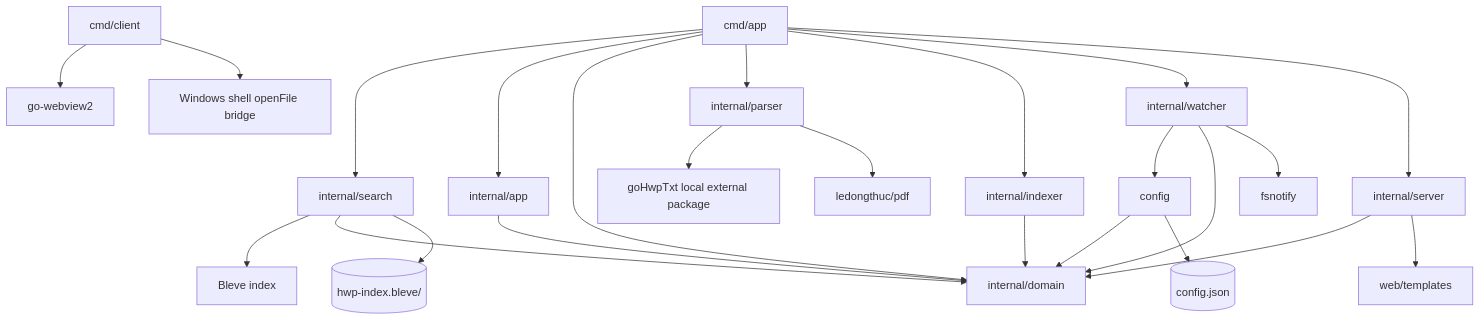
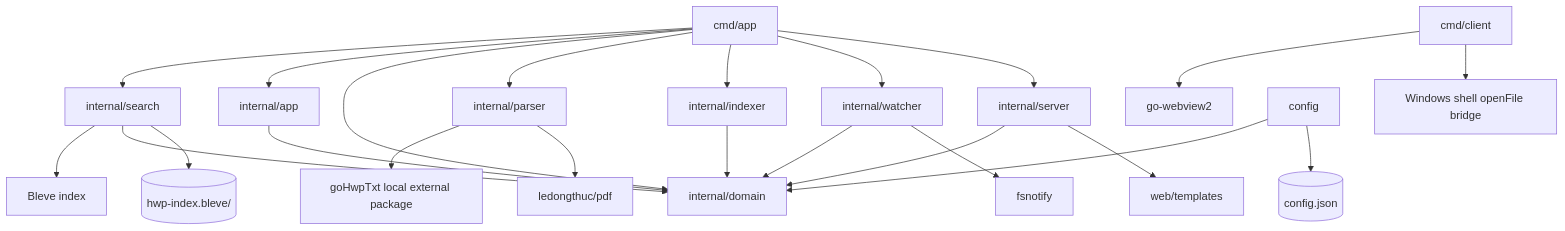
The diagram in ARCHITECTURE.md (aprilgom/DocSearcher), drawn with Mermaid before and after one commit. The commit also changed other lines of this file and 8 other files, not shown here.

````diff
--- a/ARCHITECTURE.md
+++ b/ARCHITECTURE.md
@@ -71,34 +71,33 @@
 ```mermaid
 flowchart TD
     app[cmd/app] --> search[internal/search]
     app --> appuse[internal/app]
     app --> domain[internal/domain]
     app --> parser[internal/parser]
     app --> indexer[internal/indexer]
     app --> watcher[internal/watcher]
     app --> server[internal/server]
 
     client[cmd/client] --> webview[go-webview2]
     client --> osopen[Windows shell openFile bridge]
 
     server --> domain
     server --> templates[web/templates]
 
-    watcher --> config
     watcher --> domain
     watcher --> fsnotify[fsnotify]
 
     appuse --> domain
 
     indexer --> domain
 
     parser --> gohwptxt[goHwpTxt local external package]
     parser --> pdf[ledongthuc/pdf]
 
     search --> bleve[Bleve index]
     search --> domain
 
     config --> domain
     config --> configjson[(config.json)]
     search --> indexdir[(hwp-index.bleve/)]
 ```
````
